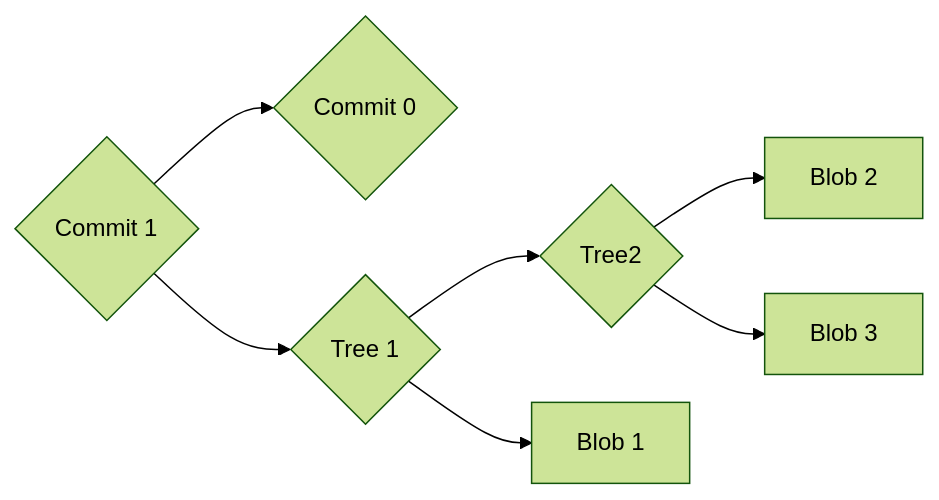
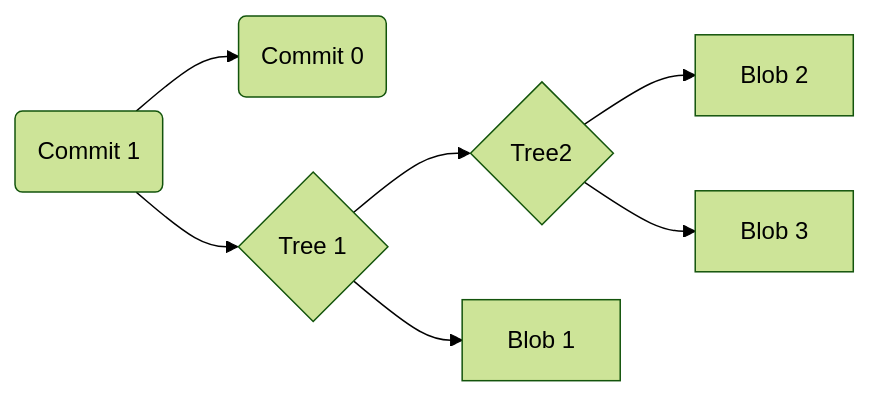
Before and after one commit to jakkunight/mini-git-py: the third of 3 diagrams in docs/git.md, drawn with Mermaid (forest theme).

Commit message:
Se retoca la forma de los nodos + Se retocan la forma de los nodos de commit.

````diff
--- a/docs/git.md
+++ b/docs/git.md
@@ -85,17 +85,17 @@
 ```mermaid
 graph LR
-  commit0{"Commit 0"}
-  commit1{"Commit 1"}
+  commit0("Commit 0")
+  commit1("Commit 1")
   tree1{"Tree 1"}
   tree2{"Tree2"}
   blob1["Blob 1"]
   blob2["Blob 2"]
   blob3["Blob 3"]
 
   commit1-->commit0
   commit1-->tree1
   tree1-->tree2
   tree1-->blob1
   tree2-->blob2
   tree2-->blob3
 ```
````
